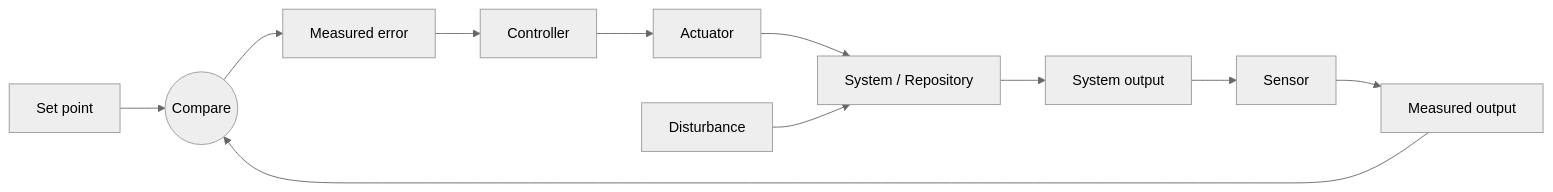
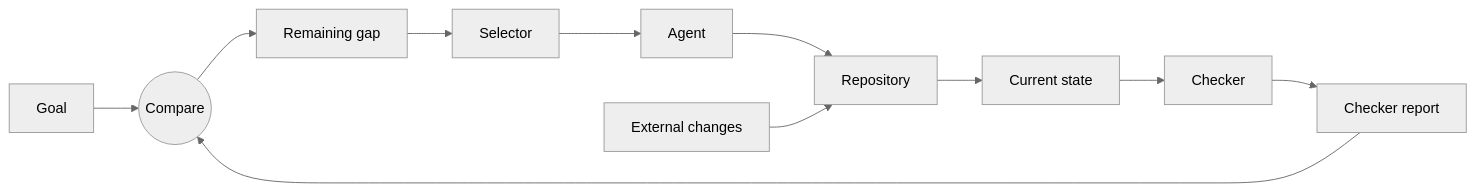
The diagram in plugins/design-control-loop/skills/design-control-loop/references/control-loop-taxonomy.md (humanlayer/skills), drawn with Mermaid (neutral theme) before and after one commit. The commit also changed other lines of this file and 11 other files, not shown here.

````diff
--- a/plugins/design-control-loop/skills/design-control-loop/references/control-loop-taxonomy.md
+++ b/plugins/design-control-loop/skills/design-control-loop/references/control-loop-taxonomy.md
@@ -34,13 +34,13 @@
 ```mermaid
 flowchart LR
-  SetPoint[Set point] --> Compare((Compare))
-  Measured[Measured output] --> Compare
-  Compare --> Error[Measured error]
-  Error --> Controller[Controller]
-  Controller --> Actuator[Actuator]
-  Actuator --> System[System / Repository]
-  Disturbance[Disturbance] --> System
-  System --> Output[System output]
-  Output --> Sensor[Sensor]
-  Sensor --> Measured
+  Goal --> Compare((Compare))
+  Report[Checker report] --> Compare
+  Compare --> Gap[Remaining gap]
+  Gap --> Selector
+  Selector --> Agent
+  Agent --> Repository
+  External[External changes] --> Repository
+  Repository --> State[Current state]
+  State --> Checker
+  Checker --> Report
 ```
````
